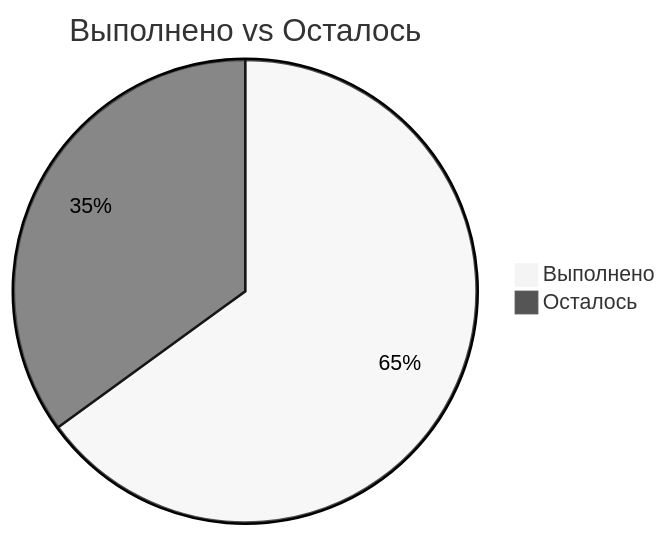
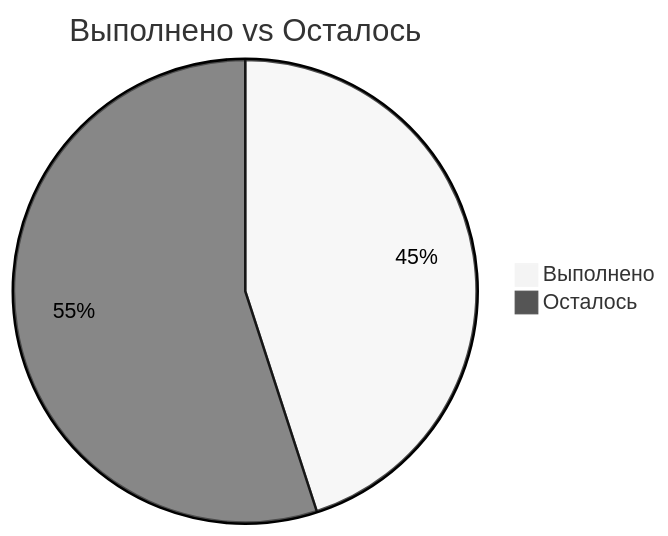
The second of 2 diagrams in docs/project_progress.md (zubkovfpk/hydromet_bulletin), drawn with Mermaid (neutral theme) before and after one commit. The commit also changed other lines of this file, not shown here.

Commit message:
docs(progress): fix Mermaid rendering, expand plan to full project roadmap

````diff
--- a/docs/project_progress.md
+++ b/docs/project_progress.md
@@ -34,5 +54,5 @@
 ```mermaid
 pie title Выполнено vs Осталось
-    "Выполнено" : 65
-    "Осталось" : 35
+    "Выполнено" : 45
+    "Осталось"  : 55
 ```
````
